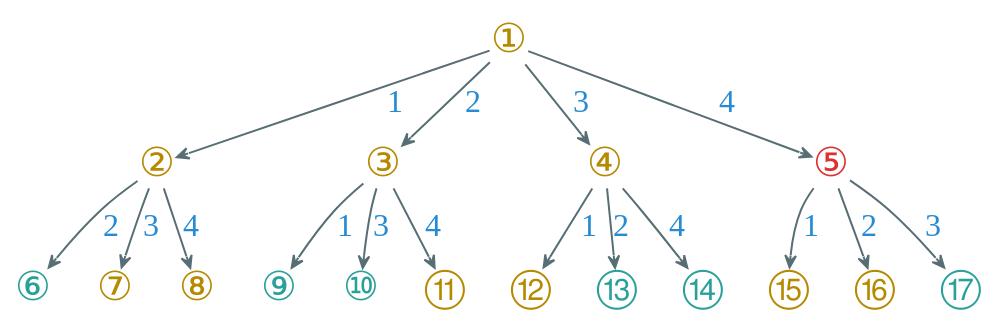
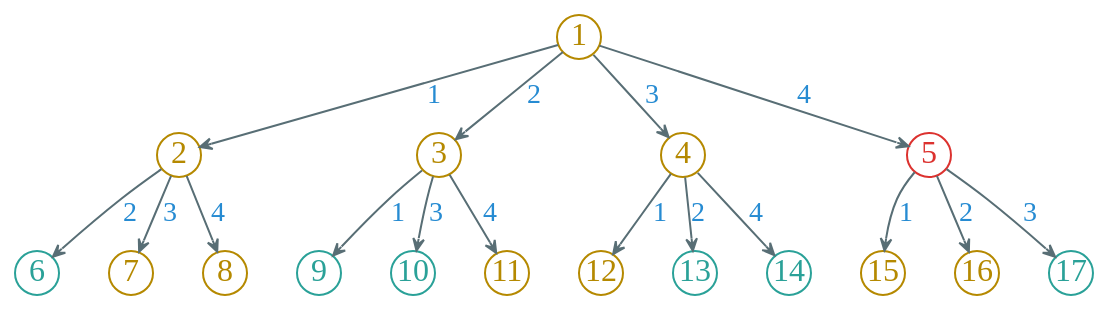
One commit to Avanti1980/course-alg changed the diagram in dot/four-queen-bb-solve5.dot. Above: the diagram before and after it, drawn with Graphviz. The commit also changed 20 other files, not shown here.

```diff
--- a/dot/four-queen-bb-solve5.dot
+++ b/dot/four-queen-bb-solve5.dot
@@ -1,49 +1,49 @@
 digraph g {
     bgcolor=transparent
     rankdir=TB
-    graph [nodesep=0.3, ranksep=0.3]
-    node [shape=plain, color="#586e75", fontcolor="#b58900", fontsize=20, fontname="LXGWWenKai"]
-    edge [arrowhead=vee, color="#586e75", fontcolor="#268bd2", fontsize=16, fontname="LXGWWenKai" arrowsize=0.6]
+    graph [nodesep=0.35, ranksep=0.3]
+    node [shape=circle, fixedsize=true, width=0.3, color="#b58900", fontcolor="#b58900", fontsize=16, fontname="LXGWWenKai"]
+    edge [arrowhead=vee, color="#586e75", fontcolor="#268bd2", fontsize=14, fontname="LXGWWenKai" arrowsize=0.6]
 
-    ① -> ② [label="1"]
-    ① -> ③ [label="2"]
-    ① -> ④ [label="3"]
+    1 -> 2 [label="1"]
+    1 -> 3 [label="2"]
+    1 -> 4 [label="3"]
 
-    node [fontcolor="#dc322f"]
+    node [color="#dc322f", fontcolor="#dc322f"]
 
-    ① -> ⑤ [label="4"]
+    1 -> 5 [label="4"]
 
-    node [fontcolor="#2aa198"]
+    node [color="#2aa198", fontcolor="#2aa198"]
 
-    ② -> ⑥ [label="2"]
+    2 -> 6 [label="2"]
 
-    node [fontcolor="#b58900"]
+    node [color="#b58900", fontcolor="#b58900"]
 
-    ② -> ⑦ [label="3"]
-    ② -> ⑧ [label="4"]
+    2 -> 7 [label="3"]
+    2 -> 8 [label="4"]
 
-    node [fontcolor="#2aa198"]
+    node [color="#2aa198", fontcolor="#2aa198"]
 
-    ③ -> ⑨ [label="1"]
-    ③ -> ⑩ [label="3"]
+    3 -> 9 [label="1"]
+    3 -> 10 [label="3"]
 
-    node [fontcolor="#b58900"]
+    node [color="#b58900", fontcolor="#b58900"]
 
-    ③ -> ⑪ [label="4"]
+    3 -> 11 [label="4"]
 
-    ④ -> ⑫ [label="1"]
+    4 -> 12 [label="1"]
 
-    node [fontcolor="#2aa198"]
+    node [color="#2aa198", fontcolor="#2aa198"]
 
-    ④ -> ⑬ [label="2"]
-    ④ -> ⑭ [label="4"]
+    4 -> 13 [label="2"]
+    4 -> 14 [label="4"]
 
-    node [fontcolor="#b58900"]
+    node [color="#b58900", fontcolor="#b58900"]
 
-    ⑤ -> ⑮ [label="1"]
-    ⑤ -> ⑯ [label="2"]
+    5 -> 15 [label="1"]
+    5 -> 16 [label="2"]
 
-    node [fontcolor="#2aa198"]
+    node [color="#2aa198", fontcolor="#2aa198"]
 
-    ⑤ -> ⑰ [label="3"]
+    5 -> 17 [label="3"]
 }
```
